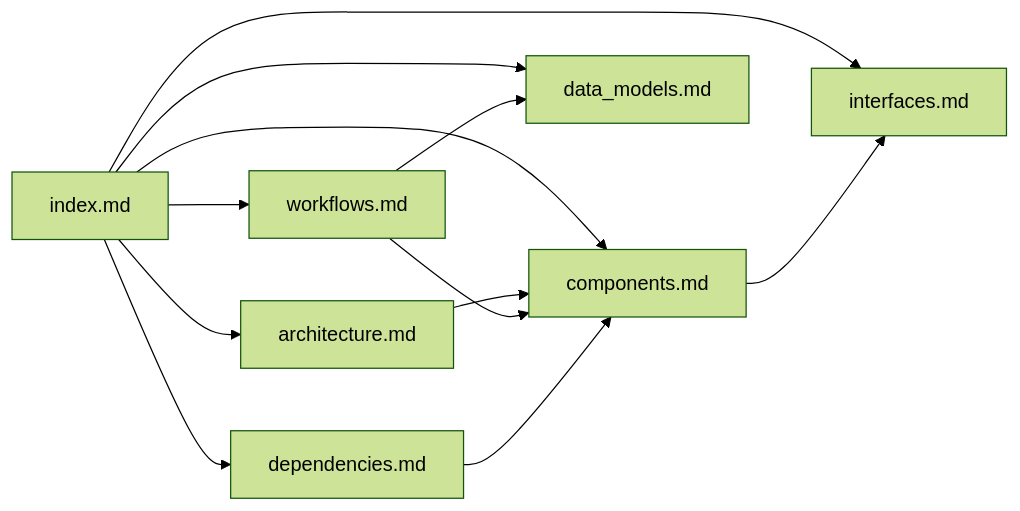
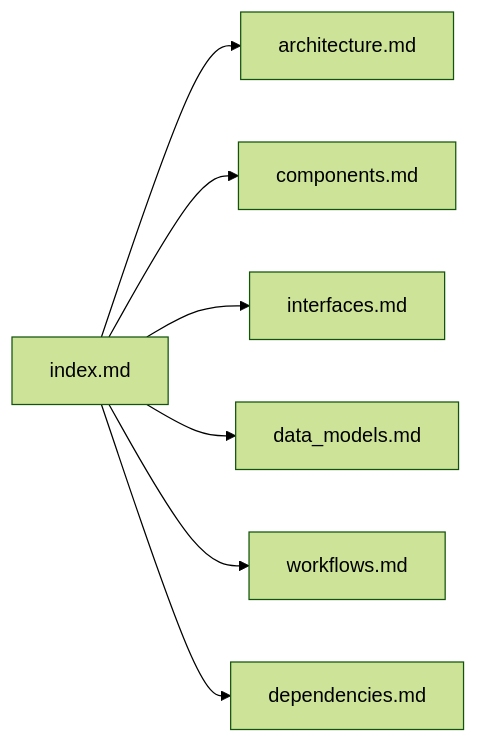
Before and after one commit to frankenwino/halloween_video_player_looper: the diagram in .agents/summary/index.md, drawn with Mermaid (forest theme). The commit also changed other lines of this file and 9 other files, not shown here.

````diff
--- a/.agents/summary/index.md
+++ b/.agents/summary/index.md
@@ -38,15 +36,9 @@
 ```mermaid
 graph LR
     INDEX[index.md] --> ARCH[architecture.md]
     INDEX --> COMP[components.md]
     INDEX --> IFACE[interfaces.md]
     INDEX --> DATA[data_models.md]
     INDEX --> WORK[workflows.md]
     INDEX --> DEPS[dependencies.md]
-
-    ARCH --> COMP
-    COMP --> IFACE
-    WORK --> COMP
-    WORK --> DATA
-    DEPS --> COMP
 ```
````
